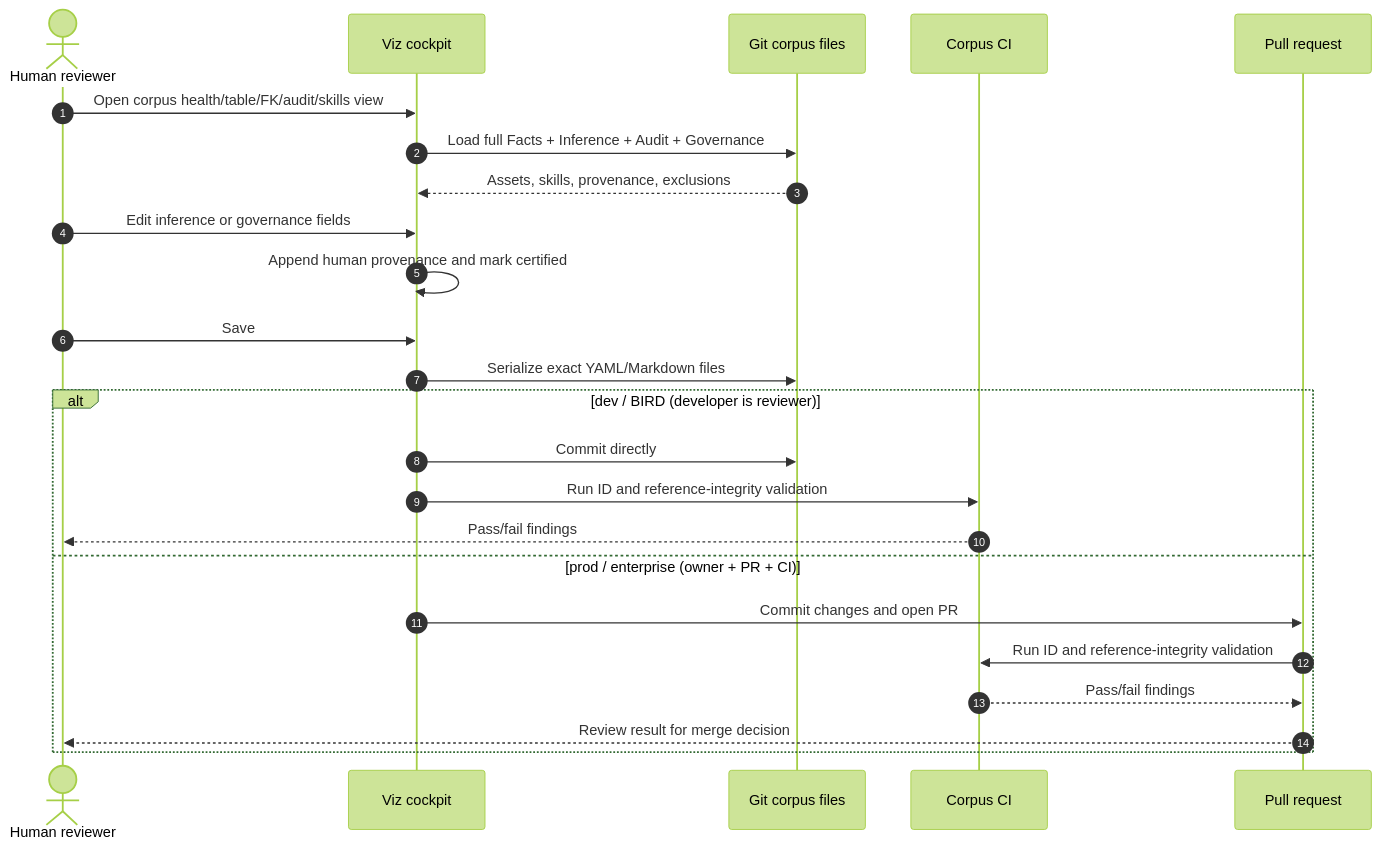
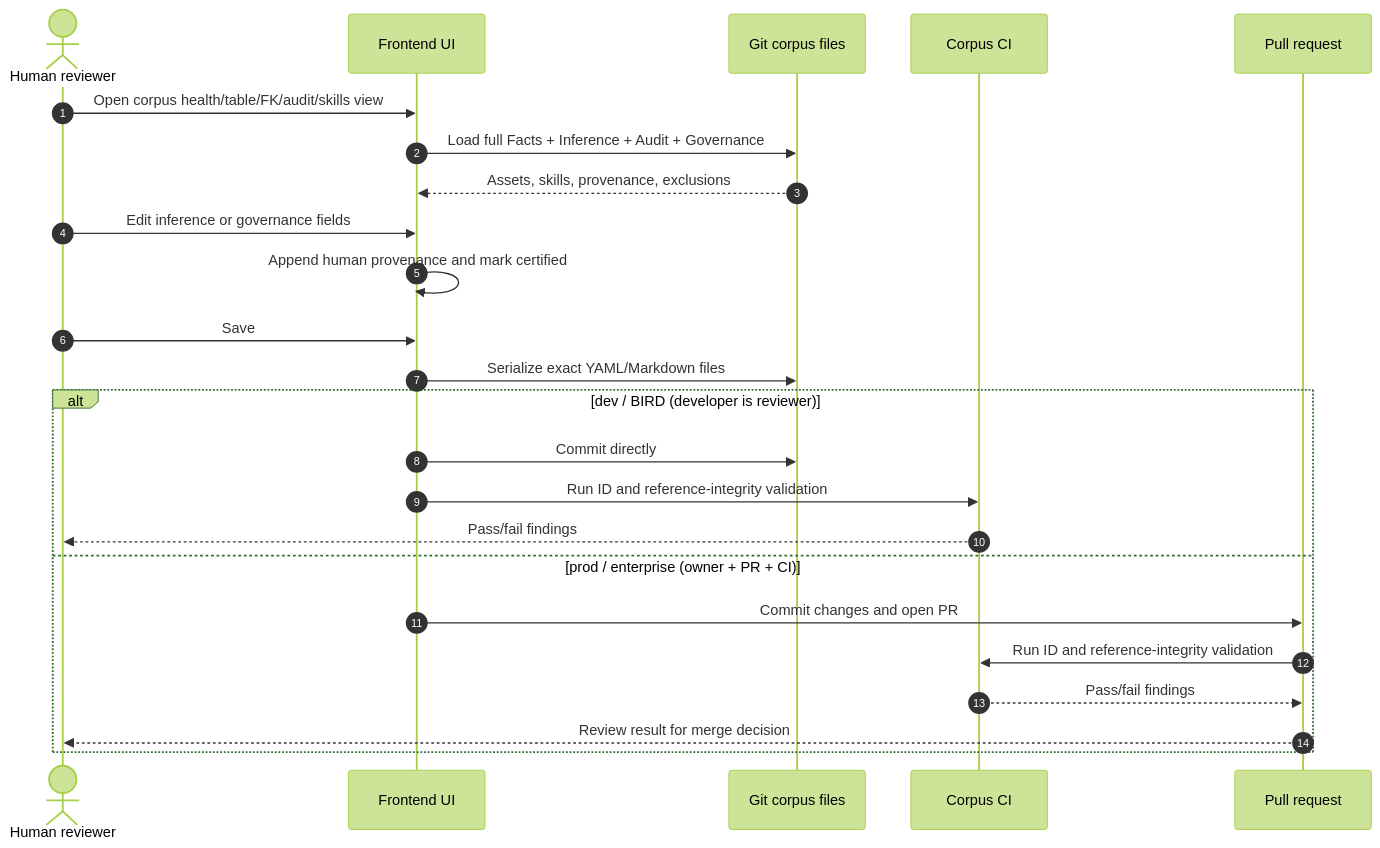
One commit to Minhao-Zhang/governed-bi changed the second of 3 diagrams in docs/diagrams/viz.md. Above: the diagram before and after it, drawn with Mermaid (forest theme). The commit also changed other lines of this file and 35 other files, not shown here.

````diff
--- a/docs/diagrams/viz.md
+++ b/docs/diagrams/viz.md
@@ -39,27 +42,27 @@
 ```mermaid
 sequenceDiagram
     autonumber
     actor Reviewer as Human reviewer
-    participant Viz as Viz cockpit
+    participant Viz as Frontend UI
     participant Corpus as Git corpus files
     participant CI as Corpus CI
     participant PR as Pull request
 
     Reviewer->>Viz: Open corpus health/table/FK/audit/skills view
     Viz->>Corpus: Load full Facts + Inference + Audit + Governance
     Corpus-->>Viz: Assets, skills, provenance, exclusions
     Reviewer->>Viz: Edit inference or governance fields
     Viz->>Viz: Append human provenance and mark certified
     Reviewer->>Viz: Save
     Viz->>Corpus: Serialize exact YAML/Markdown files
     alt dev / BIRD (developer is reviewer)
         Viz->>Corpus: Commit directly
         Viz->>CI: Run ID and reference-integrity validation
         CI-->>Reviewer: Pass/fail findings
     else prod / enterprise (owner + PR + CI)
         Viz->>PR: Commit changes and open PR
         PR->>CI: Run ID and reference-integrity validation
         CI-->>PR: Pass/fail findings
         PR-->>Reviewer: Review result for merge decision
     end
 ```
````
